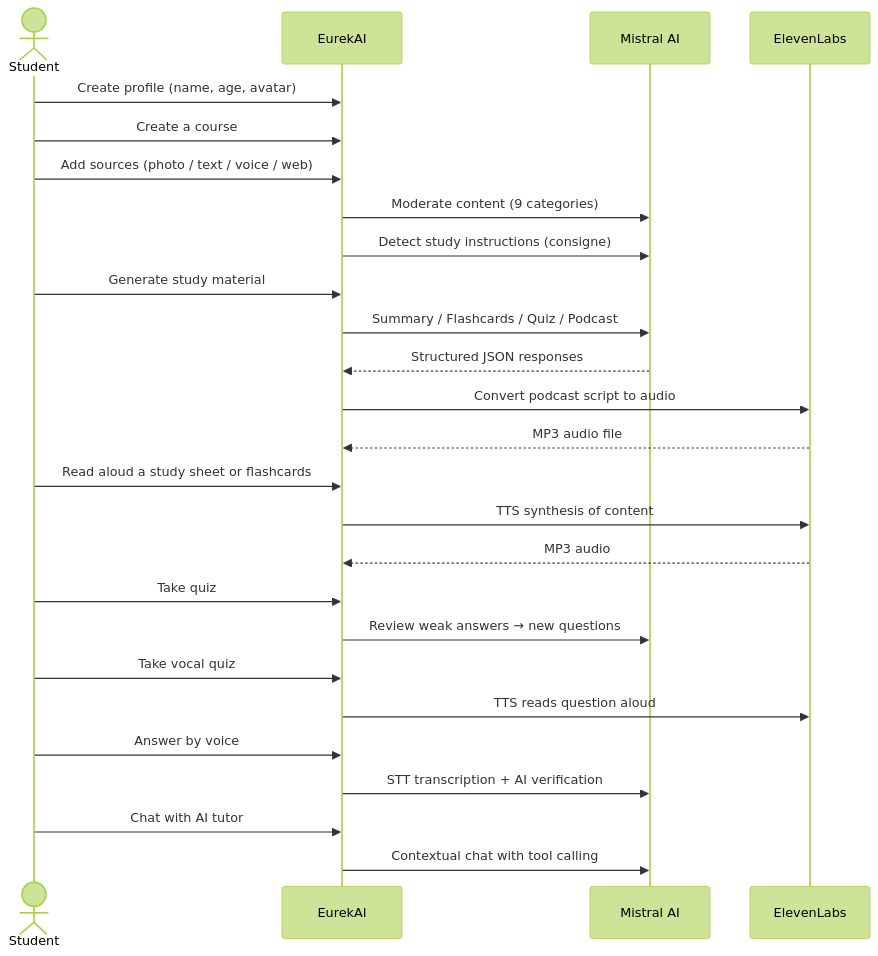
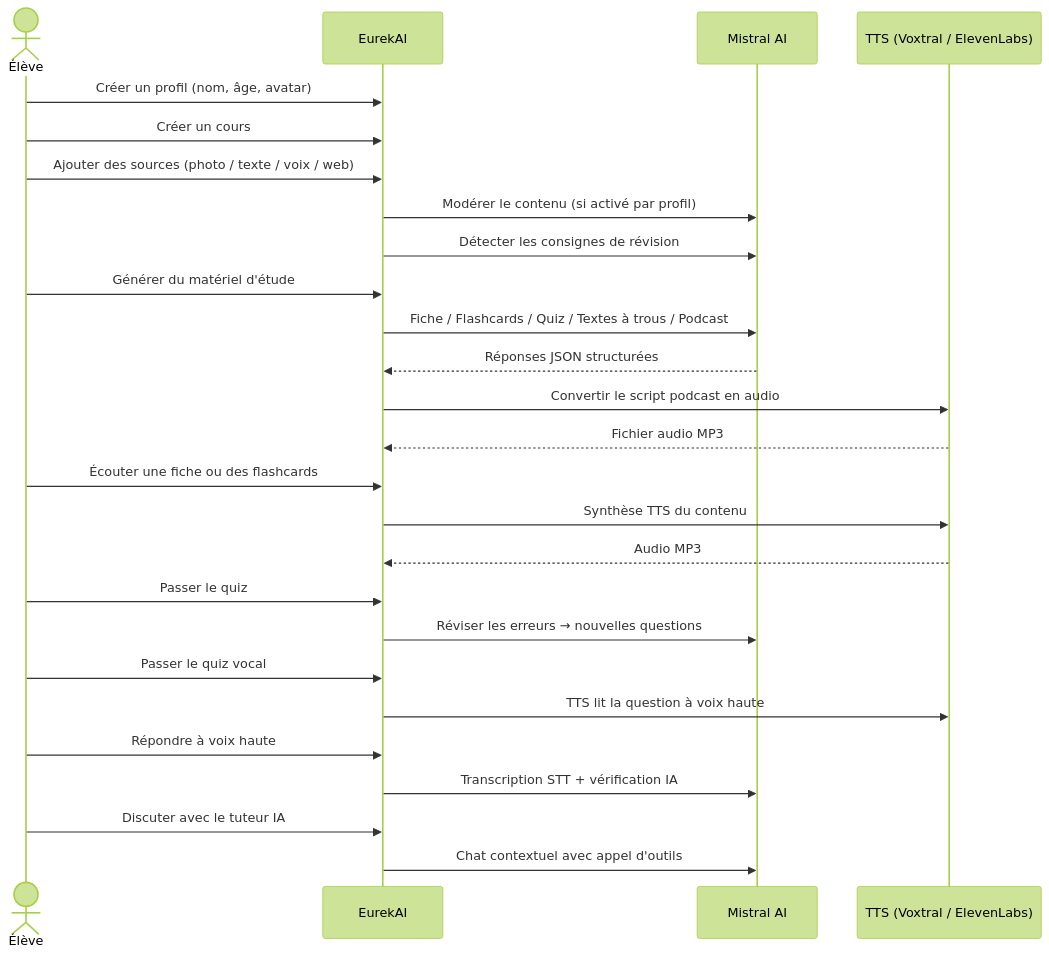
The third of 3 diagrams in README-en.md (jls42/EurekAI), drawn with Mermaid (forest theme) before and after one commit. The commit also changed other lines of this file and 52 other files, not shown here.

````diff
--- a/README-en.md
+++ b/README-en.md
@@ -135,29 +153,29 @@
 ```mermaid
 sequenceDiagram
-    actor Student
+    actor Élève as Élève
     participant App as EurekAI
     participant AI as Mistral AI
-    participant TTS as ElevenLabs
+    participant TTS as TTS (Voxtral / ElevenLabs)
 
-    Student->>App: Create profile (name, age, avatar)
-    Student->>App: Create a course
-    Student->>App: Add sources (photo / text / voice / web)
-    App->>AI: Moderate content (9 categories)
-    App->>AI: Detect study instructions (consigne)
-    Student->>App: Generate study material
-    App->>AI: Summary / Flashcards / Quiz / Podcast
-    AI-->>App: Structured JSON responses
-    App->>TTS: Convert podcast script to audio
-    TTS-->>App: MP3 audio file
-    Student->>App: Read aloud a study sheet or flashcards
-    App->>TTS: TTS synthesis of content
-    TTS-->>App: MP3 audio
-    Student->>App: Take quiz
-    App->>AI: Review weak answers → new questions
-    Student->>App: Take vocal quiz
-    App->>TTS: TTS reads question aloud
-    Student->>App: Answer by voice
-    App->>AI: STT transcription + AI verification
-    Student->>App: Chat with AI tutor
-    App->>AI: Contextual chat with tool calling
+    Élève->>App: Créer un profil (nom, âge, avatar)
+    Élève->>App: Créer un cours
+    Élève->>App: Ajouter des sources (photo / texte / voix / web)
+    App->>AI: Modérer le contenu (si activé par profil)
+    App->>AI: Détecter les consignes de révision
+    Élève->>App: Générer du matériel d'étude
+    App->>AI: Fiche / Flashcards / Quiz / Textes à trous / Podcast
+    AI-->>App: Réponses JSON structurées
+    App->>TTS: Convertir le script podcast en audio
+    TTS-->>App: Fichier audio MP3
+    Élève->>App: Écouter une fiche ou des flashcards
+    App->>TTS: Synthèse TTS du contenu
+    TTS-->>App: Audio MP3
+    Élève->>App: Passer le quiz
+    App->>AI: Réviser les erreurs → nouvelles questions
+    Élève->>App: Passer le quiz vocal
+    App->>TTS: TTS lit la question à voix haute
+    Élève->>App: Répondre à voix haute
+    App->>AI: Transcription STT + vérification IA
+    Élève->>App: Discuter avec le tuteur IA
+    App->>AI: Chat contextuel avec appel d'outils
 ```
````
